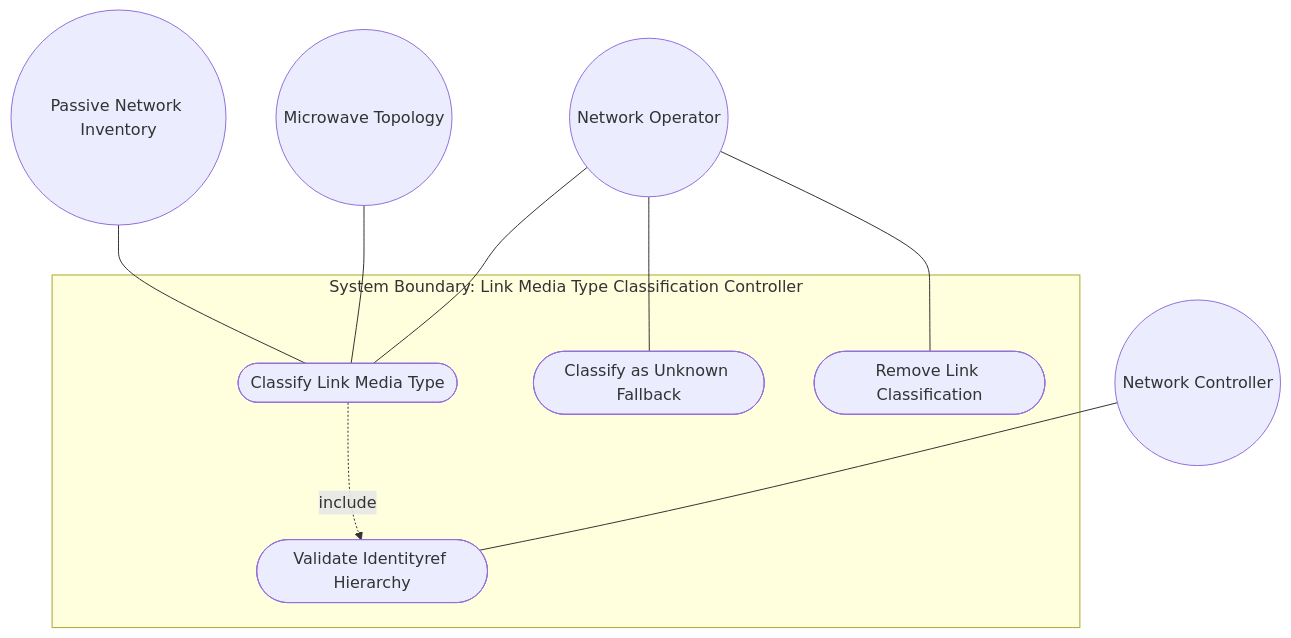
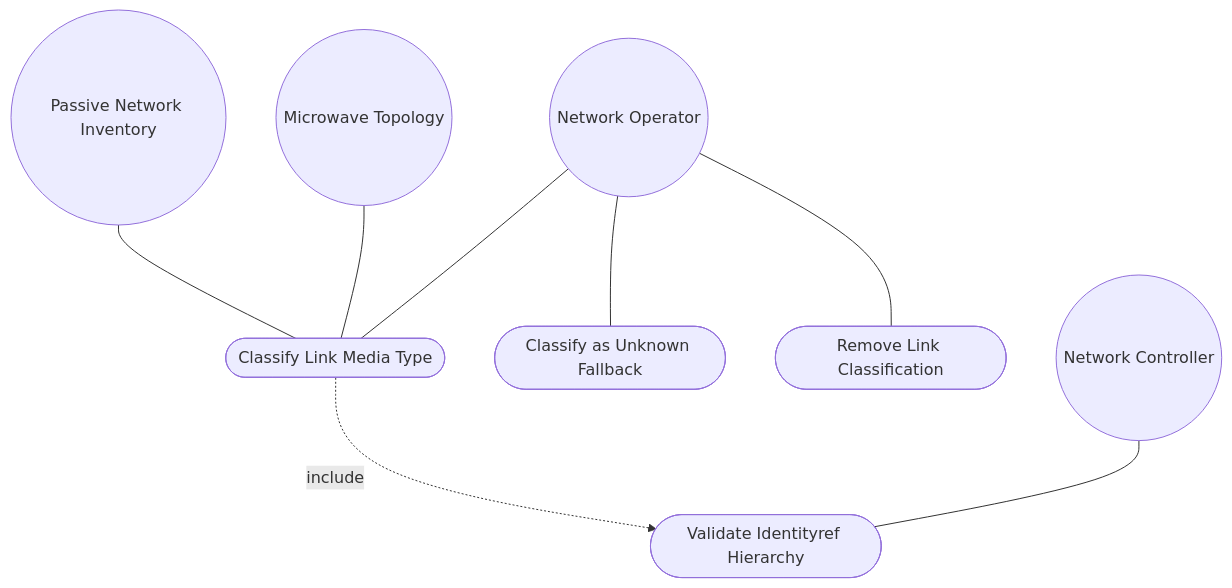
One commit to gintatkinson/3dgs-030 changed the first of 2 diagrams in docs/use-cases/uc-16-classify-link-media-type.md. Above: the diagram before and after it, drawn with Mermaid. The commit also changed 20 other files, not shown here.

First line of the commit message:
fix: repair Mermaid rendering across all 18 use cases and 5 topology features

````diff
--- a/docs/use-cases/uc-16-classify-link-media-type.md
+++ b/docs/use-cases/uc-16-classify-link-media-type.md
@@ -97,16 +97,14 @@
 ```mermaid
 graph TD
-    subgraph "System Boundary: Link Media Type Classification Controller"
         UC_Classify([Classify Link Media Type])
         UC_Validate([Validate Identityref Hierarchy])
         UC_Fallback([Classify as Unknown Fallback])
         UC_Remove([Remove Link Classification])
-    end
     Operator((Network Operator)) --- UC_Classify
     Operator --- UC_Fallback
     Operator --- UC_Remove
     UC_Classify -. "include" .-> UC_Validate
     NwController((Network Controller)) --- UC_Validate
     PassInv((Passive Network Inventory)) --- UC_Classify
     MwTopo((Microwave Topology)) --- UC_Classify
 ```
````
